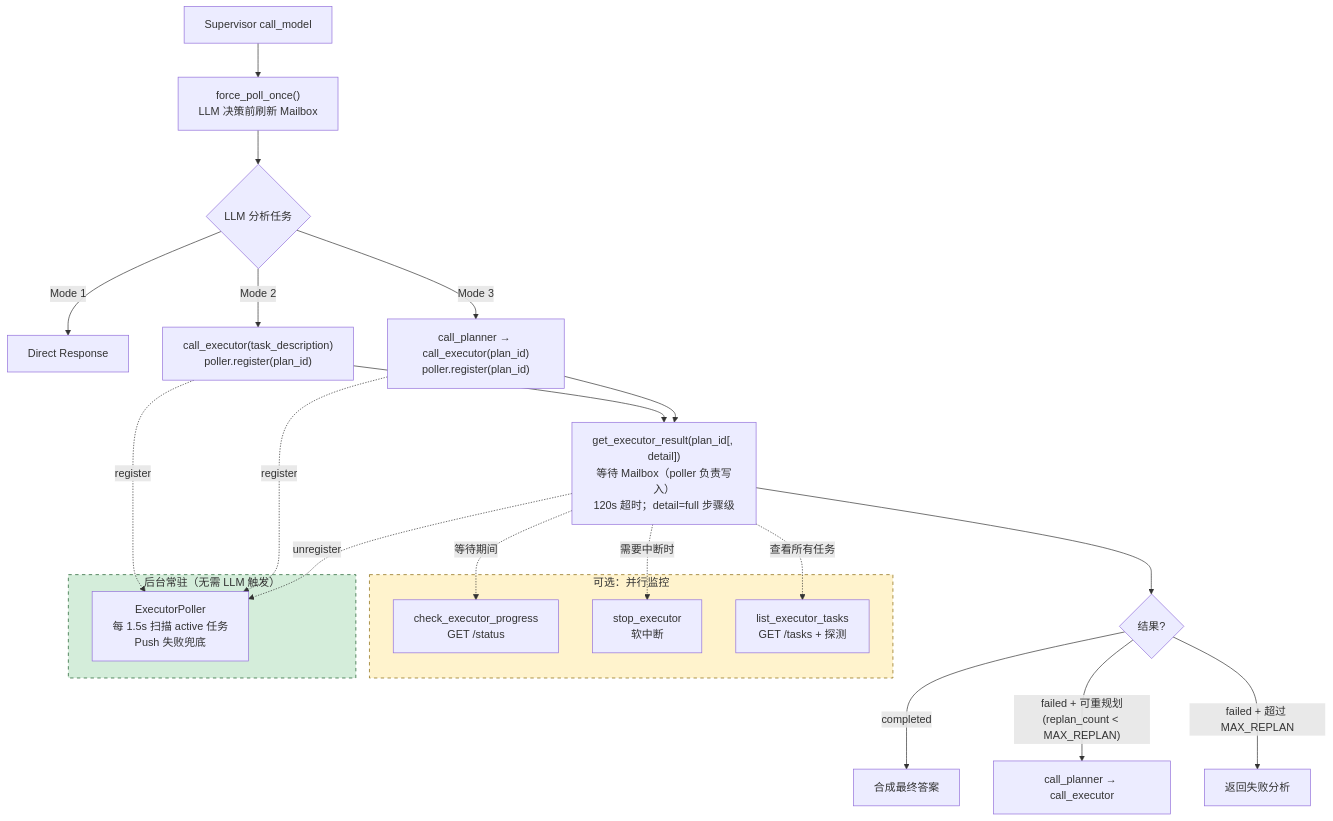
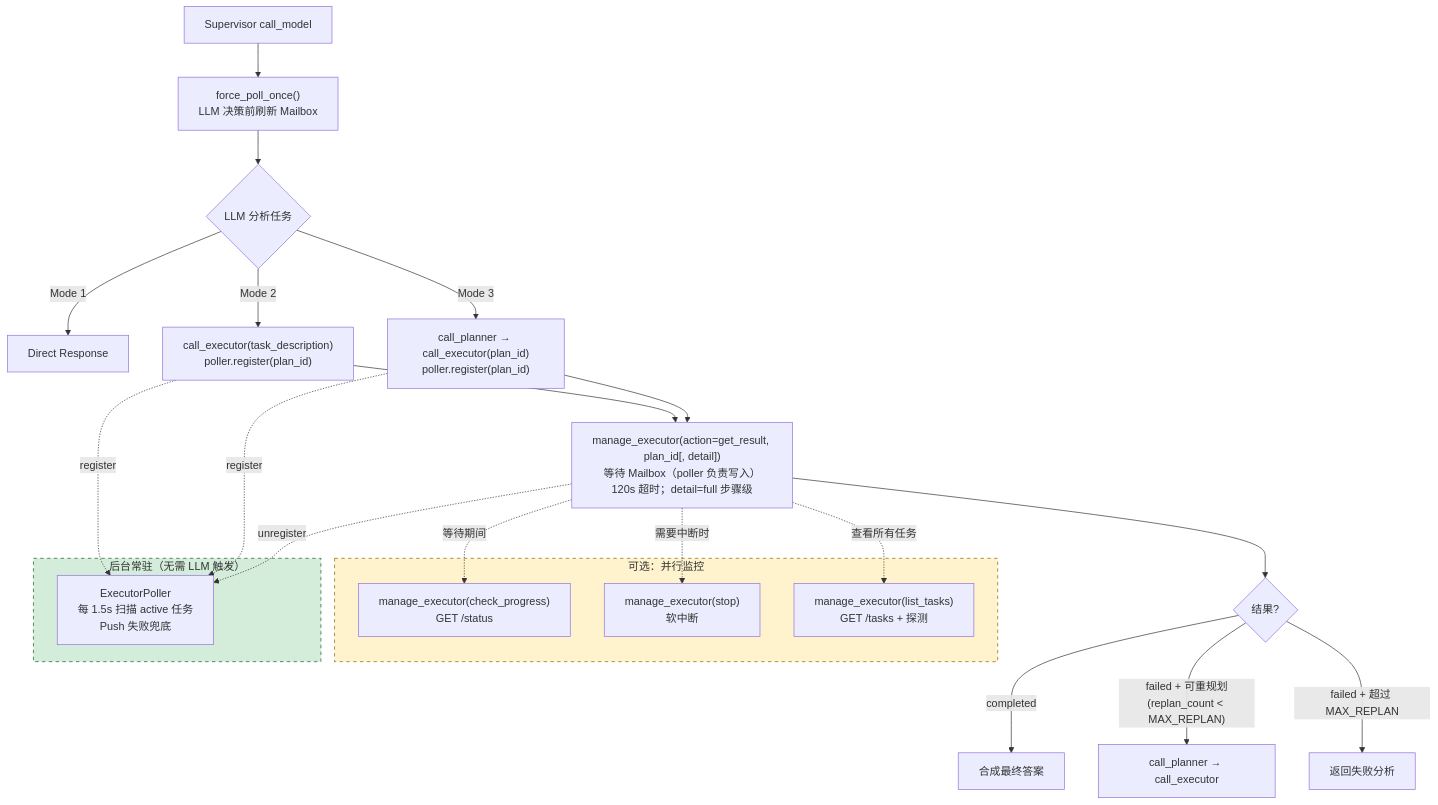
Before and after one commit to Tlaven/agent-triad: the seventh of 8 diagrams in docs/v3-architecture-diagrams.md, drawn with Mermaid. The commit also changed other lines of this file and 39 other files, not shown here.

````diff
--- a/docs/v3-architecture-diagrams.md
+++ b/docs/v3-architecture-diagrams.md
@@ -324,37 +324,37 @@
 ```mermaid
 flowchart TD
     A[Supervisor call_model] --> A0["force_poll_once()<br/>LLM 决策前刷新 Mailbox"]
     A0 --> B{LLM 分析任务}
     B -->|Mode 1| C[Direct Response]
     B -->|Mode 2| D["call_executor(task_description)<br/>poller.register(plan_id)"]
     B -->|Mode 3| E["call_planner → call_executor(plan_id)<br/>poller.register(plan_id)"]
 
-    D --> F["get_executor_result(plan_id[, detail])<br/>等待 Mailbox（poller 负责写入）<br/>120s 超时；detail=full 步骤级"]
+    D --> F["manage_executor(action=get_result, plan_id[, detail])<br/>等待 Mailbox（poller 负责写入）<br/>120s 超时；detail=full 步骤级"]
     E --> F
 
     F --> G{结果?}
     G -->|completed| H[合成最终答案]
     G -->|"failed + 可重规划<br/>(replan_count < MAX_REPLAN)"| I[call_planner → call_executor]
     G -->|"failed + 超过 MAX_REPLAN"| J[返回失败分析]
 
     subgraph Optional["可选：并行监控"]
-        K["check_executor_progress<br/>GET /status"]
-        L["stop_executor<br/>软中断"]
-        M["list_executor_tasks<br/>GET /tasks + 探测"]
+        K["manage_executor(check_progress)<br/>GET /status"]
+        L["manage_executor(stop)<br/>软中断"]
+        M["manage_executor(list_tasks)<br/>GET /tasks + 探测"]
     end
 
     F -.->|等待期间| K
     F -.->|需要中断时| L
     F -.->|查看所有任务| M
 
     subgraph Background["后台常驻（无需 LLM 触发）"]
         N["ExecutorPoller<br/>每 1.5s 扫描 active 任务<br/>Push 失败兜底"]
     end
 
     D -.->|register| N
     E -.->|register| N
     F -.->|unregister| N
 
     style Optional fill:#fff3cd,stroke:#856404,stroke-dasharray: 5 5
     style Background fill:#d4edda,stroke:#155724,stroke-dasharray: 5 5
 ```
````
